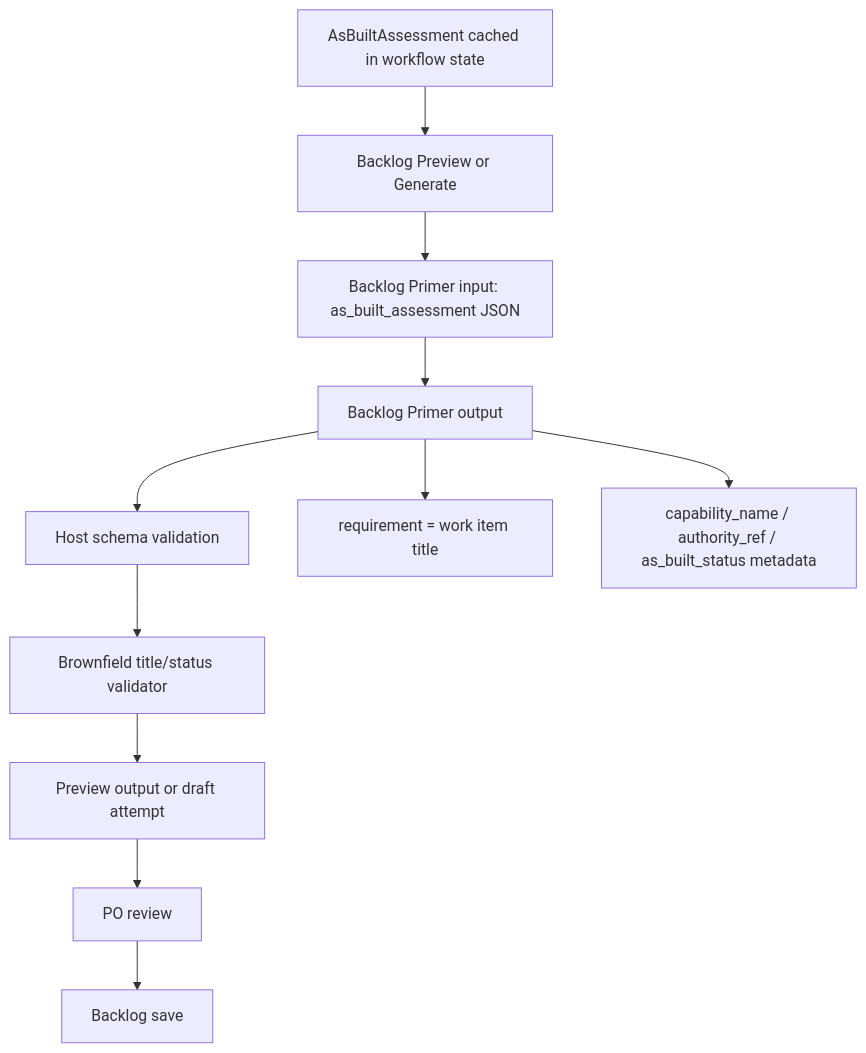
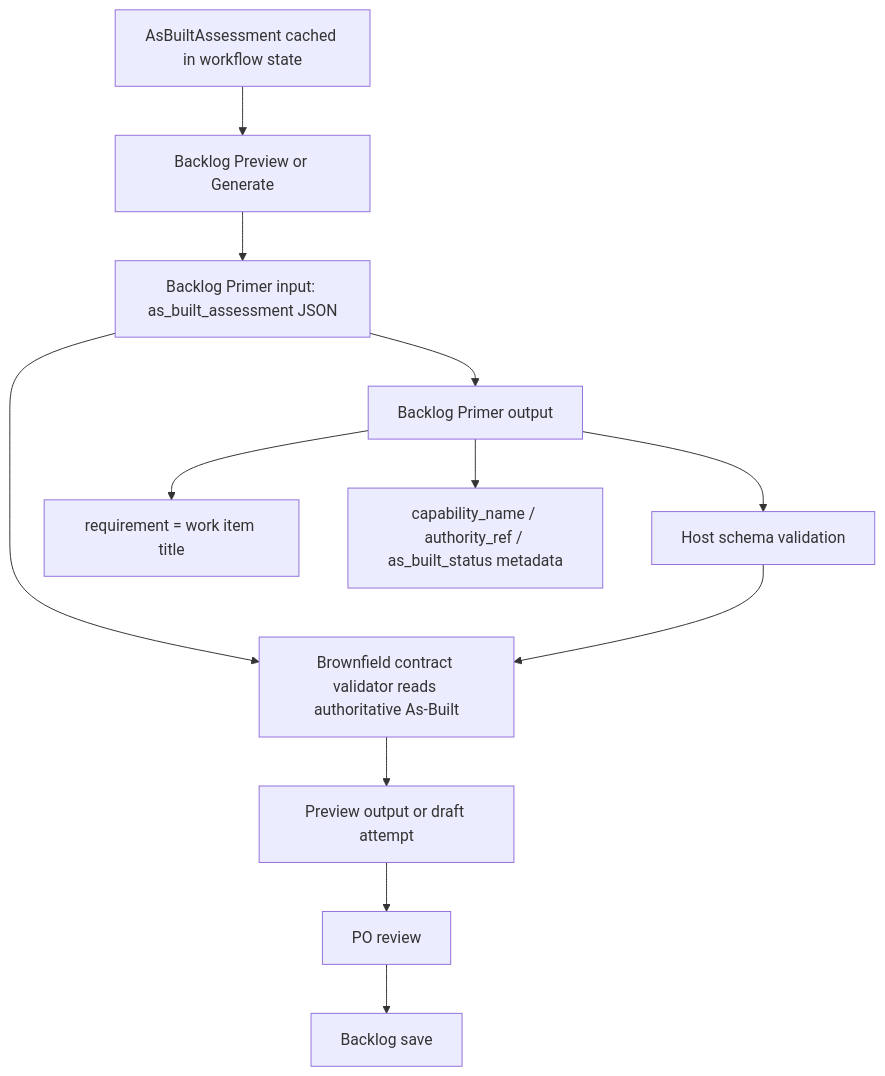
The diagram in docs/superpowers/specs/2026-05-30-brownfield-backlog-item-contract-design.md (arduinitavares/agileforge), drawn with Mermaid before and after one commit. The commit also changed other lines of this file, not shown here.

Commit message:
docs: tighten brownfield backlog validation contract

````diff
--- a/docs/superpowers/specs/2026-05-30-brownfield-backlog-item-contract-design.md
+++ b/docs/superpowers/specs/2026-05-30-brownfield-backlog-item-contract-design.md
@@ -238,14 +313,15 @@
 ```mermaid
 flowchart TD
     A["AsBuiltAssessment cached in workflow state"] --> B["Backlog Preview or Generate"]
     B --> C["Backlog Primer input: as_built_assessment JSON"]
     C --> D["Backlog Primer output"]
     D --> E["Host schema validation"]
-    E --> F["Brownfield title/status validator"]
+    C --> F["Brownfield contract validator reads authoritative As-Built"]
+    E --> F
     F --> G["Preview output or draft attempt"]
     G --> H["PO review"]
     H --> I["Backlog save"]
 
     D --> J["requirement = work item title"]
     D --> K["capability_name / authority_ref / as_built_status metadata"]
 ```
````
